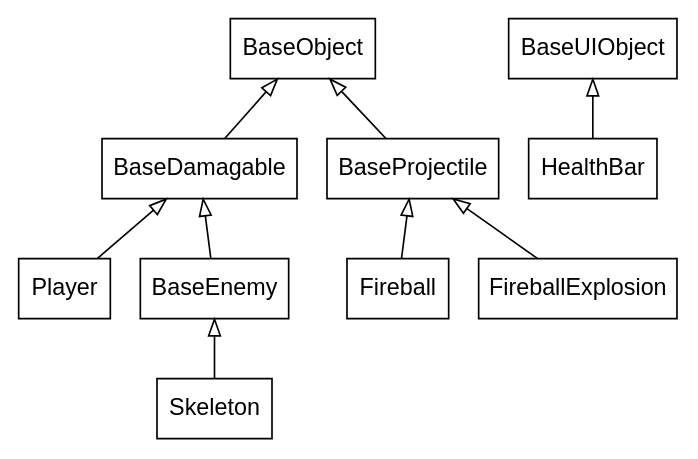
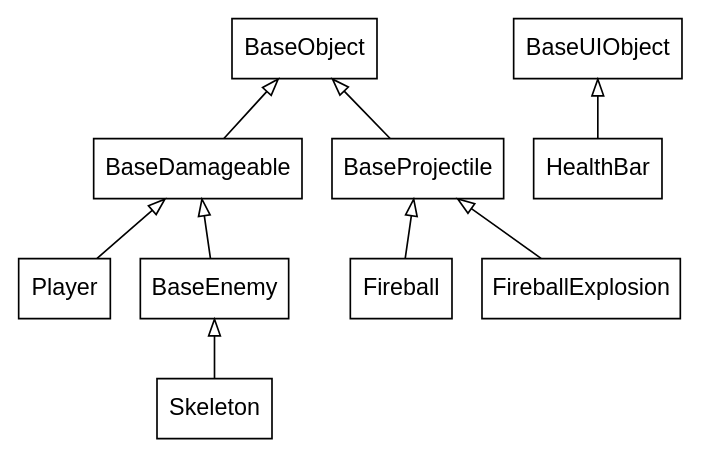
One commit to lachfoy/2dgameABANDONED changed the diagram in inheritance.gv. Above: the diagram before and after it, drawn with Graphviz. The commit also changed 15 other files, not shown here.

```diff
--- a/inheritance.gv
+++ b/inheritance.gv
@@ -1,13 +1,13 @@
 digraph inheritance {
     node [shape=box fontname="Helvetica,Arial,sans-serif"]
     edge [dir=back arrowtail=empty]
 
-    BaseObject->{BaseDamagable, BaseProjectile}
-    BaseDamagable->{Player, BaseEnemy}
+    BaseObject->{BaseDamageable, BaseProjectile}
+    BaseDamageable->{Player, BaseEnemy}
     BaseProjectile->{Fireball, FireballExplosion}
     BaseEnemy->Skeleton
 
     BaseUIObject->HealthBar
 }
 
 // use `dot -Tpng -O inheritance.gv` to generate a .png
```
